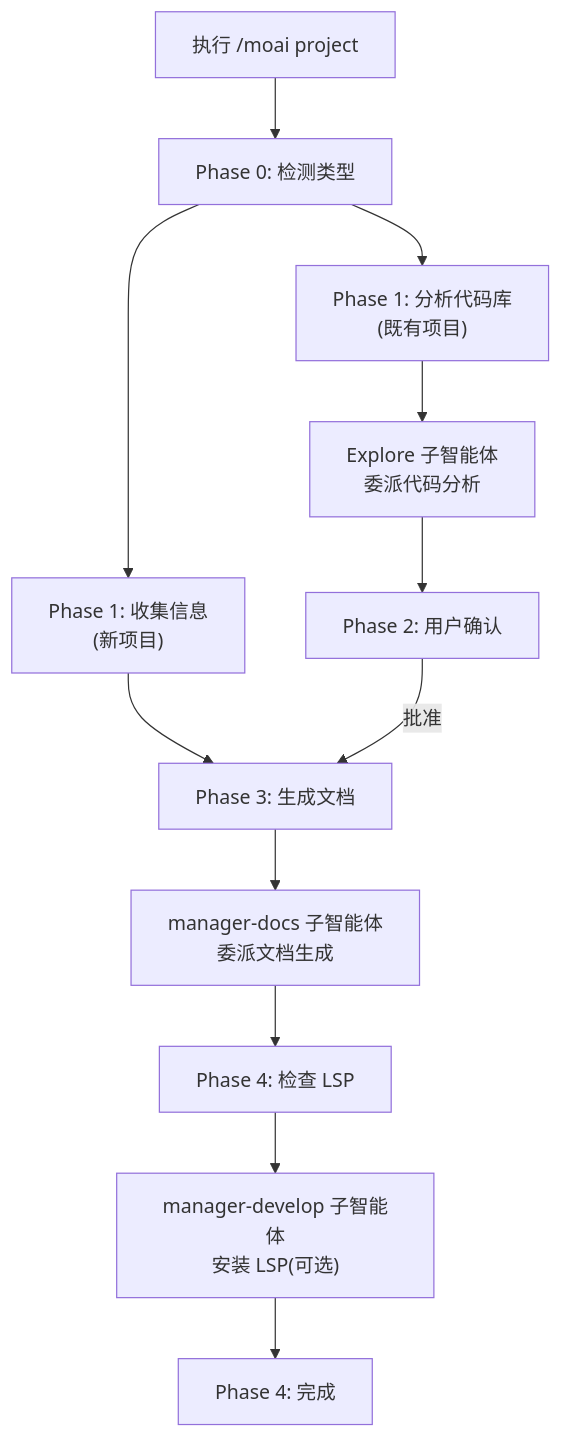
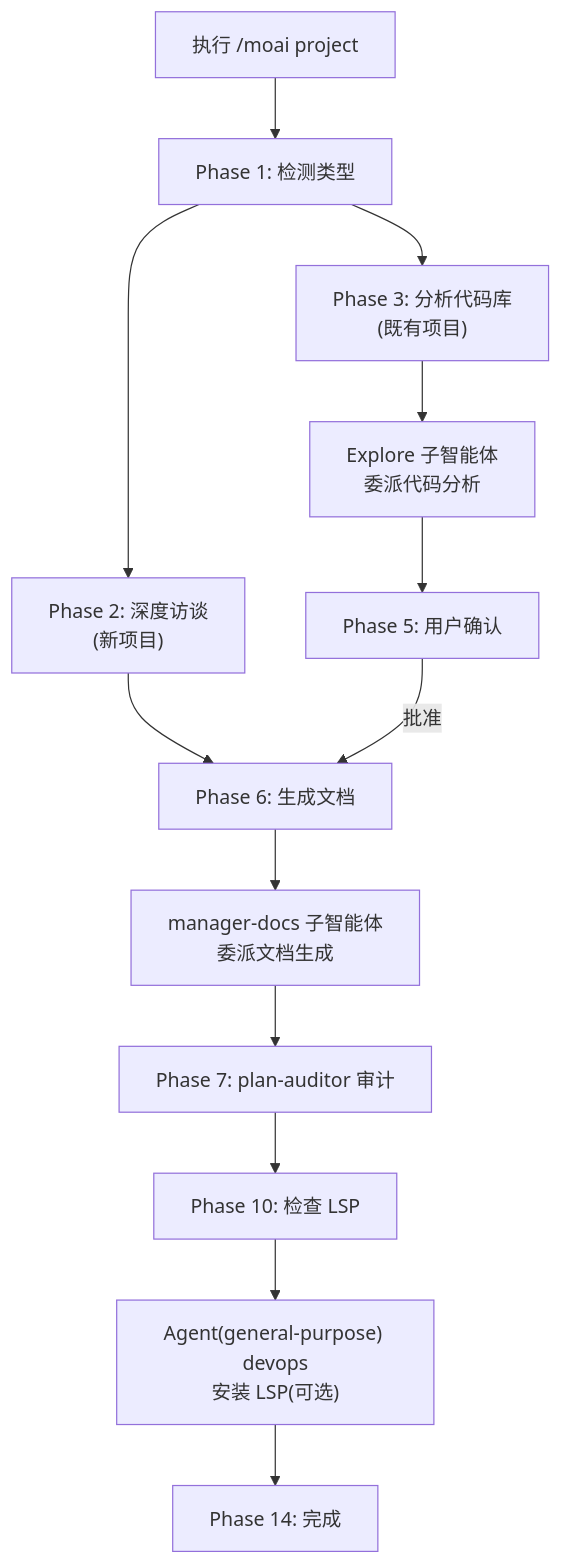
The third of 3 diagrams in docs-site/content/zh/workflow-commands/moai-project.md (modu-ai/moai-adk), drawn with Mermaid before and after one commit. The commit also changed other lines of this file and 25 other files, not shown here.

````diff
--- a/docs-site/content/zh/workflow-commands/moai-project.md
+++ b/docs-site/content/zh/workflow-commands/moai-project.md
@@ -549,18 +564,19 @@
 ```mermaid
 flowchart TD
-    Start["执行 /moai project"] --> Phase0["Phase 0: 检测类型"]
-    Phase0 --> Phase05["Phase 1: 收集信息<br/>(新项目)"]
-    Phase0 --> Phase1["Phase 1: 分析代码库<br/>(既有项目)"]
+    Start["执行 /moai project"] --> Phase0["Phase 1: 检测类型"]
+    Phase0 --> Phase05["Phase 2: 深度访谈<br/>(新项目)"]
+    Phase0 --> Phase1["Phase 3: 分析代码库<br/>(既有项目)"]
 
     Phase1 --> Explore["Explore 子智能体<br/>委派代码分析"]
-    Explore --> Phase2["Phase 2: 用户确认"]
+    Explore --> Phase2["Phase 5: 用户确认"]
 
-    Phase05 --> Phase3["Phase 3: 生成文档"]
+    Phase05 --> Phase3["Phase 6: 生成文档"]
     Phase2 -->|批准| Phase3
 
     Phase3 --> Docs["manager-docs 子智能体<br/>委派文档生成"]
-    Docs --> Phase35["Phase 4: 检查 LSP"]
+    Docs --> Audit["Phase 7: plan-auditor 审计"]
+    Audit --> Phase35["Phase 10: 检查 LSP"]
 
-    Phase35 --> DevOps["manager-develop 子智能体<br/>安装 LSP(可选)"]
-    DevOps --> Phase4["Phase 4: 完成"]
+    Phase35 --> DevOps["Agent(general-purpose) devops<br/>安装 LSP(可选)"]
+    DevOps --> Phase4["Phase 14: 完成"]
 ```
````
